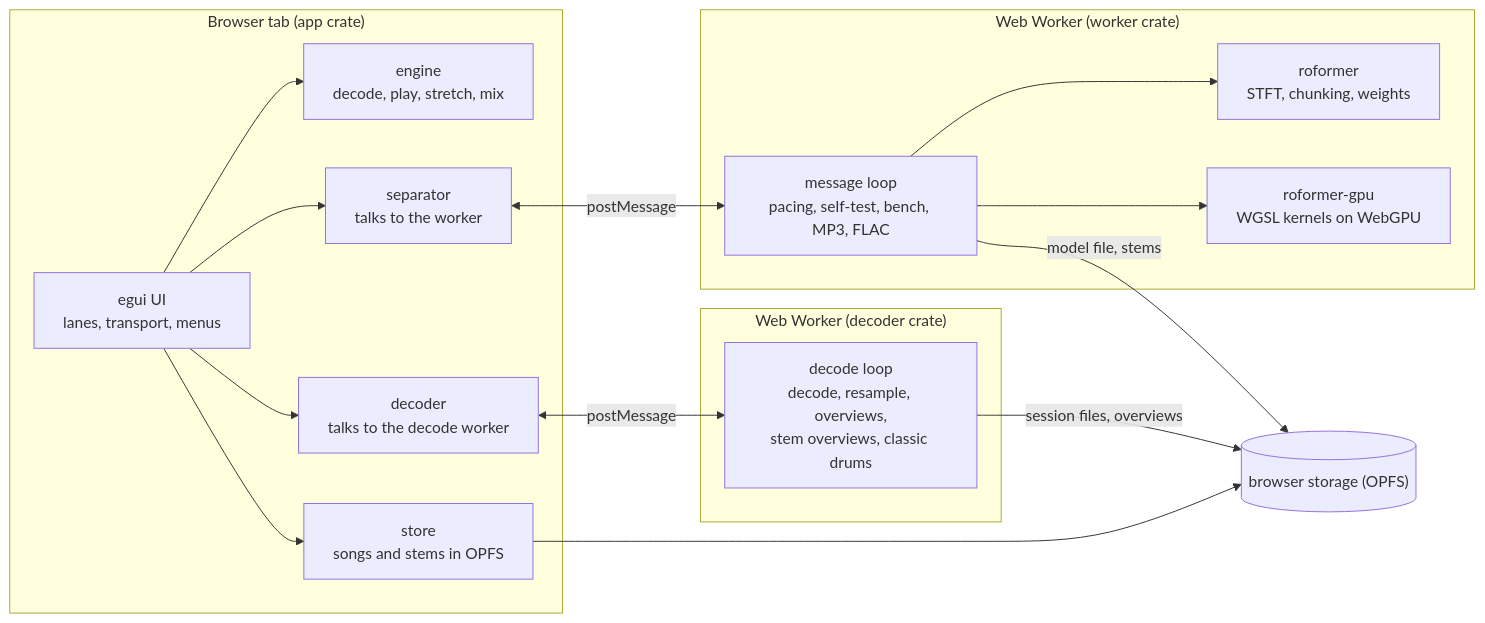
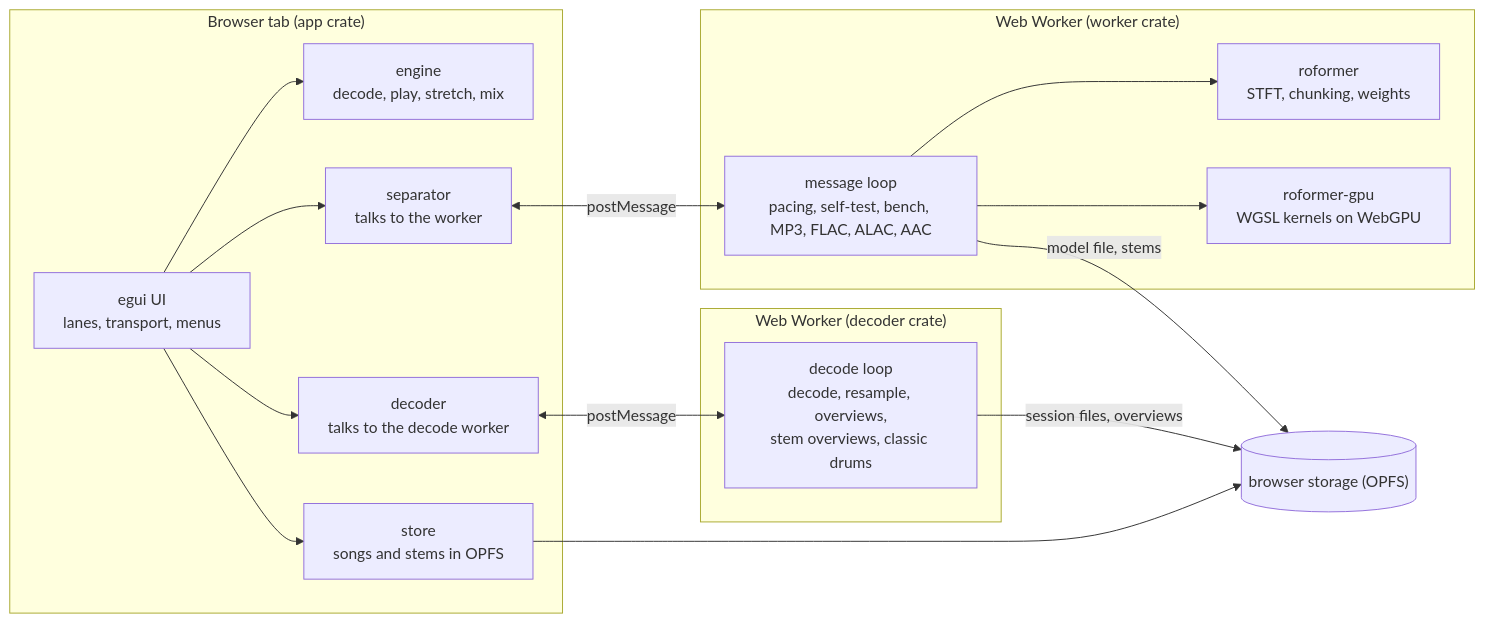
One commit to lloydmeta/stemyla changed the first of 5 diagrams in docs/ARCHITECTURE.md. Above: the diagram before and after it, drawn with Mermaid. The commit also changed other lines of this file and 86 other files, not shown here.

````diff
--- a/docs/ARCHITECTURE.md
+++ b/docs/ARCHITECTURE.md
@@ -5,29 +5,29 @@
 ```mermaid
 flowchart LR
   subgraph page["Browser tab (app crate)"]
     UI["egui UI<br/>lanes, transport, menus"]
     ENG["engine<br/>decode, play, stretch, mix"]
     STORE["store<br/>songs and stems in OPFS"]
     SEP["separator<br/>talks to the worker"]
     DEC["decoder<br/>talks to the decode worker"]
   end
   subgraph decoder["Web Worker (decoder crate)"]
     DW["decode loop<br/>decode, resample, overviews,<br/>stem overviews, classic drums"]
   end
   subgraph worker["Web Worker (worker crate)"]
-    W["message loop<br/>pacing, self-test, bench, MP3, FLAC"]
+    W["message loop<br/>pacing, self-test, bench, MP3, FLAC, ALAC, AAC"]
     RF["roformer<br/>STFT, chunking, weights"]
     GPU["roformer-gpu<br/>WGSL kernels on WebGPU"]
   end
   UI --> ENG
   UI --> STORE
   UI --> SEP
   UI --> DEC
   SEP <-->|postMessage| W
   DEC <-->|postMessage| DW
   DW -->|session files, overviews| OPFS
   W --> RF
   W --> GPU
   W -->|model file, stems| OPFS[("browser storage (OPFS)")]
   STORE --> OPFS
 ```
````
